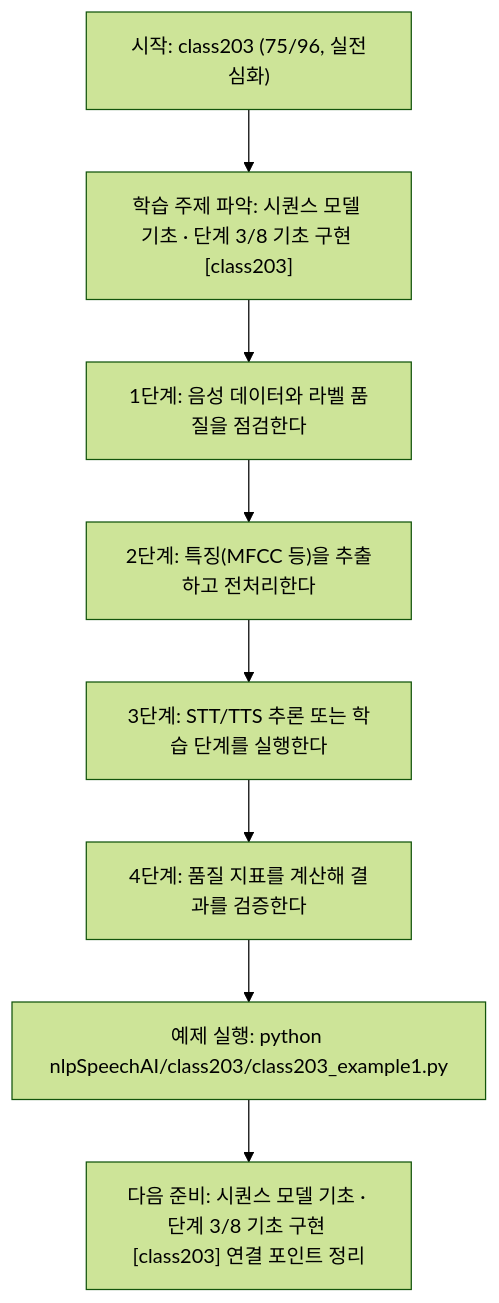
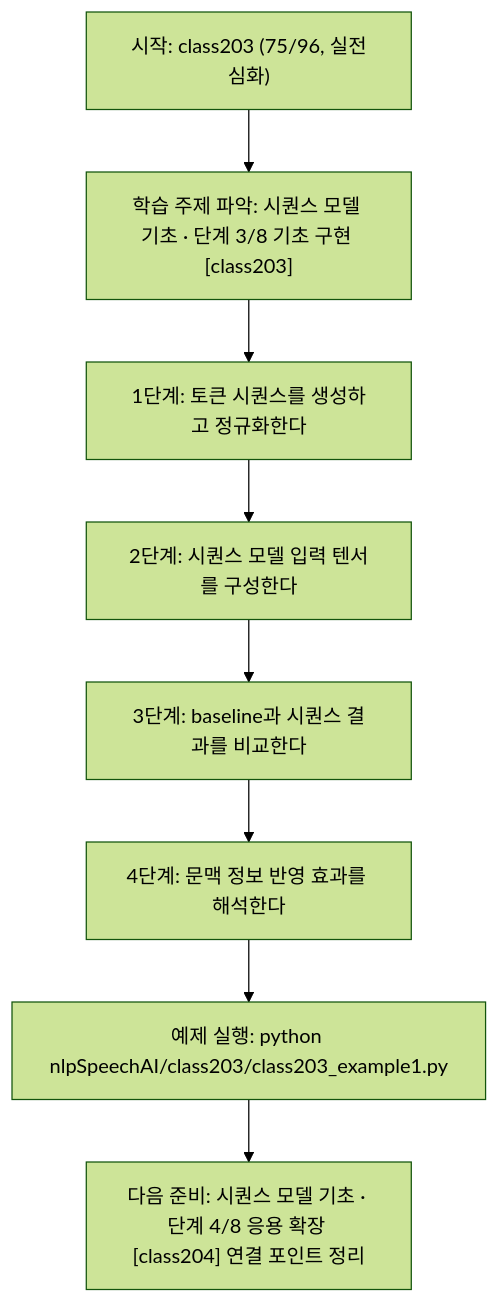
Before and after one commit to edumgt/Python-AI_Agent-Class: the diagram in nlpSpeechAI/class203/class203.md, drawn with Mermaid (forest theme). The commit also changed other lines of this file and 1122 other files, not shown here.

````diff
--- a/nlpSpeechAI/class203/class203.md
+++ b/nlpSpeechAI/class203/class203.md
@@ -114,18 +95,18 @@
 ```mermaid
 flowchart TD
 N1["시작: class203 (75/96, 실전심화)"]
 N2["학습 주제 파악: 시퀀스 모델 기초 · 단계 3/8 기초 구현 [class203]"]
-N3["1단계: 음성 데이터와 라벨 품질을 점검한다"]
-N4["2단계: 특징(MFCC 등)을 추출하고 전처리한다"]
-N5["3단계: STT/TTS 추론 또는 학습 단계를 실행한다"]
-N6["4단계: 품질 지표를 계산해 결과를 검증한다"]
+N3["1단계: 토큰 시퀀스를 생성하고 정규화한다"]
+N4["2단계: 시퀀스 모델 입력 텐서를 구성한다"]
+N5["3단계: baseline과 시퀀스 결과를 비교한다"]
+N6["4단계: 문맥 정보 반영 효과를 해석한다"]
 N7["예제 실행: python nlpSpeechAI/class203/class203_example1.py"]
-N8["다음 준비: 시퀀스 모델 기초 · 단계 3/8 기초 구현 [class203] 연결 포인트 정리"]
+N8["다음 준비: 시퀀스 모델 기초 · 단계 4/8 응용 확장 [class204] 연결 포인트 정리"]
 N1 --> N2
 N2 --> N3
 N3 --> N4
 N4 --> N5
 N5 --> N6
 N6 --> N7
 N7 --> N8
 ```
````
